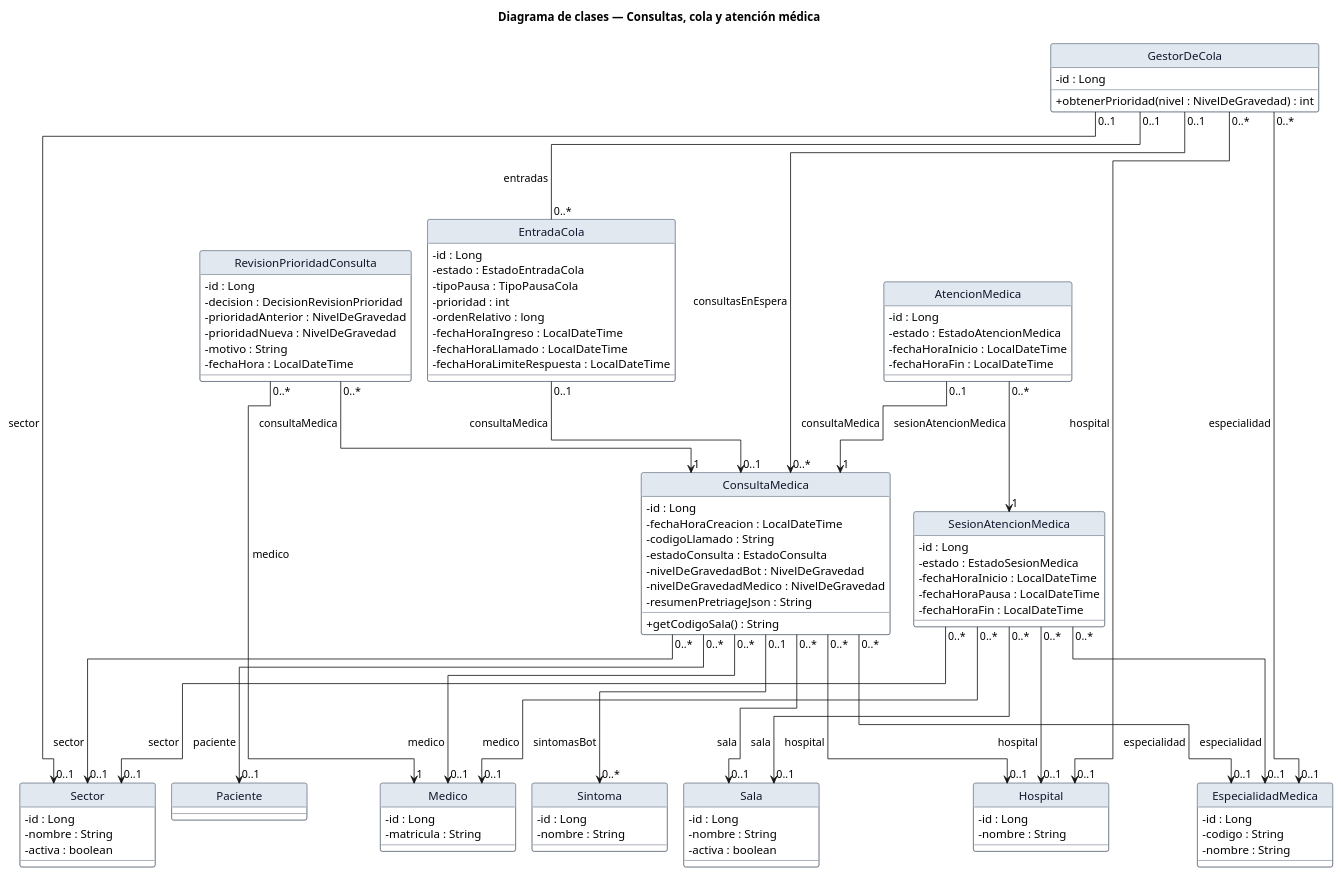
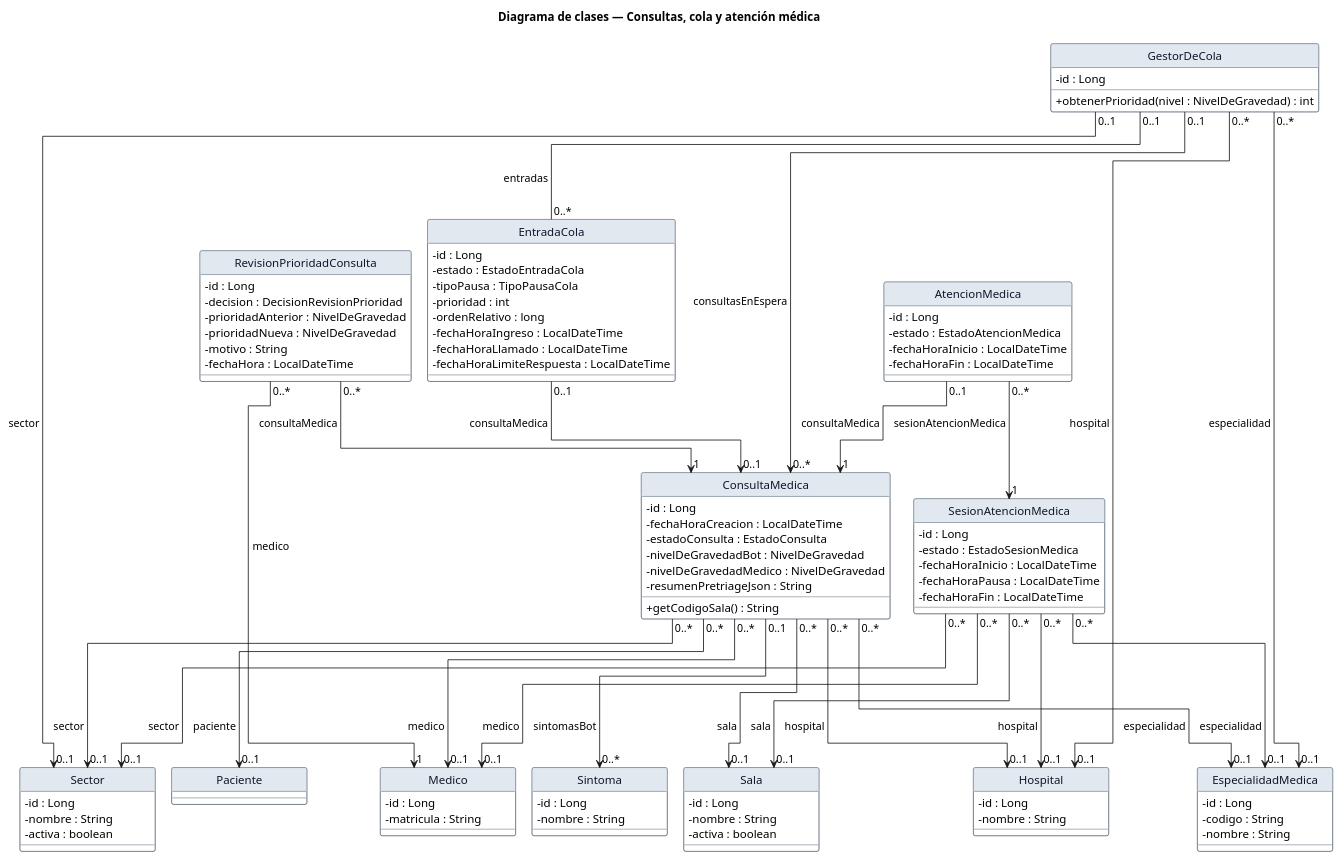
One commit to Pretriage/pretriage_backend changed the second of 5 diagrams in docs/35-class-diagram.puml. Above: the diagram before and after it, drawn with PlantUML. The commit also changed 17 other files, not shown here.

```diff
--- a/docs/35-class-diagram.puml
+++ b/docs/35-class-diagram.puml
@@ -49,110 +49,109 @@
 @startuml 02-consultas-cola-atencion
 title Diagrama de clases — Consultas, cola y atención médica
 hide circle
 skinparam shadowing false
 skinparam classAttributeIconSize 0
 !pragma layout elk
 skinparam minClassWidth 165
 skinparam packageStyle rectangle
 skinparam class {
   BackgroundColor #FFFFFF
   BorderColor #334155
   FontColor #0F172A
   HeaderBackgroundColor #E2E8F0
 }
 class ConsultaMedica {
   -id : Long
   -fechaHoraCreacion : LocalDateTime
-  -codigoLlamado : String
   -estadoConsulta : EstadoConsulta
   -nivelDeGravedadBot : NivelDeGravedad
   -nivelDeGravedadMedico : NivelDeGravedad
   -resumenPretriageJson : String
   +getCodigoSala() : String
 }
 class EntradaCola {
   -id : Long
   -estado : EstadoEntradaCola
   -tipoPausa : TipoPausaCola
   -prioridad : int
   -ordenRelativo : long
   -fechaHoraIngreso : LocalDateTime
   -fechaHoraLlamado : LocalDateTime
   -fechaHoraLimiteRespuesta : LocalDateTime
 }
 class GestorDeCola {
   -id : Long
   +obtenerPrioridad(nivel : NivelDeGravedad) : int
 }
 class AtencionMedica {
   -id : Long
   -estado : EstadoAtencionMedica
   -fechaHoraInicio : LocalDateTime
   -fechaHoraFin : LocalDateTime
 }
 class SesionAtencionMedica {
   -id : Long
   -estado : EstadoSesionMedica
   -fechaHoraInicio : LocalDateTime
   -fechaHoraPausa : LocalDateTime
   -fechaHoraFin : LocalDateTime
 }
 class RevisionPrioridadConsulta {
   -id : Long
   -decision : DecisionRevisionPrioridad
   -prioridadAnterior : NivelDeGravedad
   -prioridadNueva : NivelDeGravedad
   -motivo : String
   -fechaHora : LocalDateTime
 }
 class Sintoma {
   -id : Long
   -nombre : String
 }
 class Paciente
 class Hospital {
   -id : Long
   -nombre : String
 }
 class EspecialidadMedica {
   -id : Long
   -codigo : String
   -nombre : String
 }
 class Sala {
   -id : Long
   -nombre : String
   -activa : boolean
 }
 class Sector {
   -id : Long
   -nombre : String
   -activa : boolean
 }
 class Medico {
   -id : Long
   -matricula : String
 }
 ConsultaMedica "0..*" --> "0..1" Paciente : paciente
 ConsultaMedica "0..*" --> "0..1" Hospital : hospital
 ConsultaMedica "0..*" --> "0..1" EspecialidadMedica : especialidad
 ConsultaMedica "0..*" --> "0..1" Medico : medico
 ConsultaMedica "0..*" --> "0..1" Sala : sala
 ConsultaMedica "0..*" --> "0..1" Sector : sector
 ConsultaMedica "0..1" --> "0..*" Sintoma : sintomasBot
 EntradaCola "0..1" --> "0..1" ConsultaMedica : consultaMedica
 GestorDeCola "0..1" -- "0..*" EntradaCola : entradas
 GestorDeCola "0..1" --> "0..*" ConsultaMedica : consultasEnEspera
 GestorDeCola "0..*" --> "0..1" Hospital : hospital
 GestorDeCola "0..*" --> "0..1" EspecialidadMedica : especialidad
 GestorDeCola "0..1" --> "0..1" Sector : sector
 AtencionMedica "0..1" --> "1" ConsultaMedica : consultaMedica
 AtencionMedica "0..*" --> "1" SesionAtencionMedica : sesionAtencionMedica
 SesionAtencionMedica "0..*" --> "0..1" Medico : medico
 SesionAtencionMedica "0..*" --> "0..1" Hospital : hospital
 SesionAtencionMedica "0..*" --> "0..1" EspecialidadMedica : especialidad
 SesionAtencionMedica "0..*" --> "0..1" Sala : sala
 SesionAtencionMedica "0..*" --> "0..1" Sector : sector
 RevisionPrioridadConsulta "0..*" --> "1" ConsultaMedica : consultaMedica
 RevisionPrioridadConsulta "0..*" --> "1" Medico : medico
 @enduml
```
